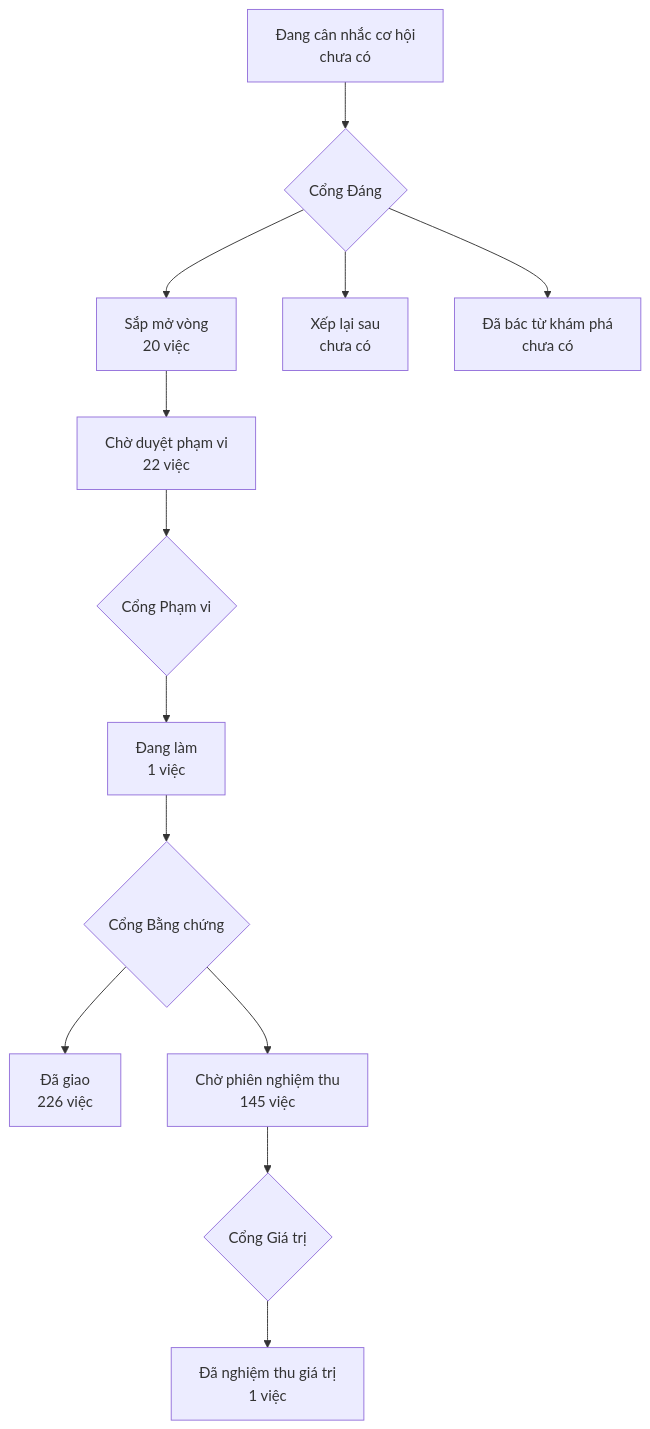
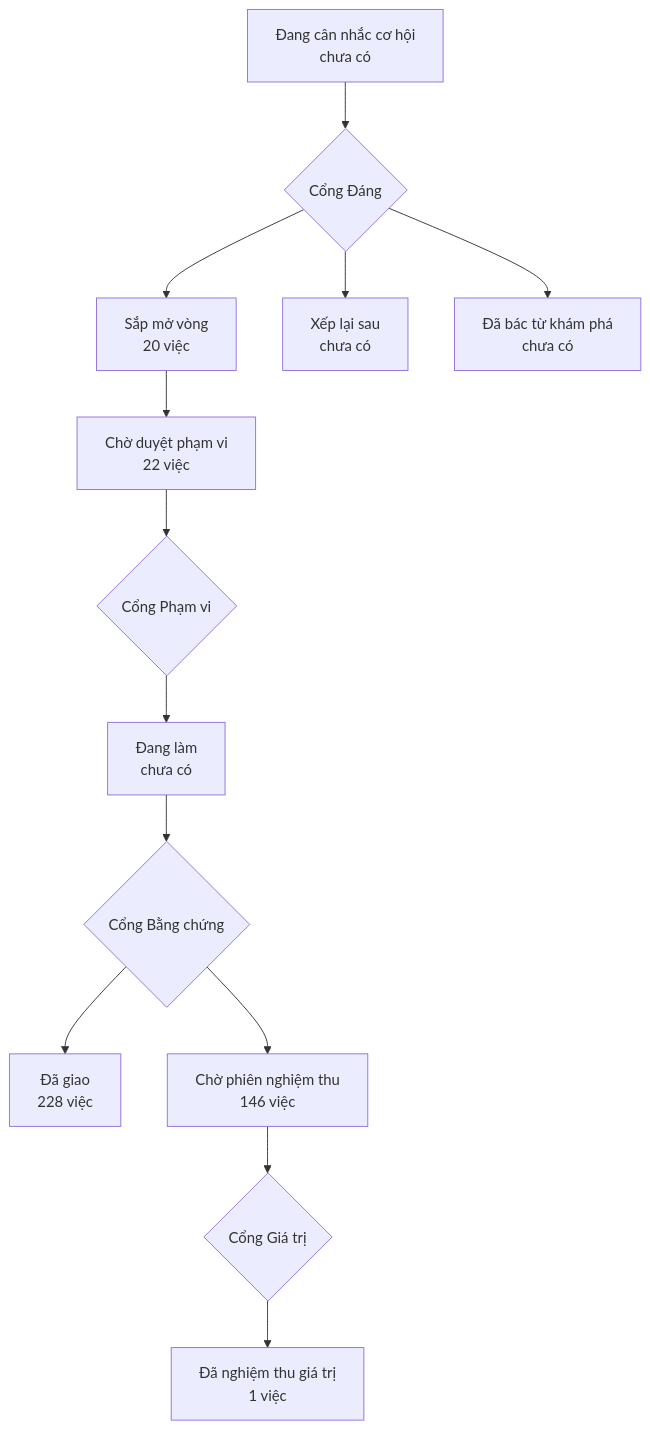
The diagram in PRODUCT-MAP.md (phanlemanh/onehub-invest), drawn with Mermaid before and after one commit. The commit also changed other lines of this file and 1 other file, not shown here.

Commit message:
chore: sinh lại PRODUCT-MAP, LO-TRINH sau gộp main

````diff
--- a/PRODUCT-MAP.md
+++ b/PRODUCT-MAP.md
@@ -7,12 +7,12 @@
 ```mermaid
 flowchart TD
   A["Đang cân nhắc cơ hội<br/>chưa có"] --> GD{"Cổng Đáng"}
   GD --> B["Sắp mở vòng<br/>20 việc"]
   GD --> XL["Xếp lại sau<br/>chưa có"]
   GD --> DB["Đã bác từ khám phá<br/>chưa có"]
   B --> CD["Chờ duyệt phạm vi<br/>22 việc"] --> GP{"Cổng Phạm vi"}
-  GP --> DL["Đang làm<br/>1 việc"] --> GB{"Cổng Bằng chứng"}
-  GB --> DG["Đã giao<br/>226 việc"]
-  GB --> CN["Chờ phiên nghiệm thu<br/>145 việc"] --> GG{"Cổng Giá trị"}
+  GP --> DL["Đang làm<br/>chưa có"] --> GB{"Cổng Bằng chứng"}
+  GB --> DG["Đã giao<br/>228 việc"]
+  GB --> CN["Chờ phiên nghiệm thu<br/>146 việc"] --> GG{"Cổng Giá trị"}
   GG --> NT["Đã nghiệm thu giá trị<br/>1 việc"]
 ```
````
